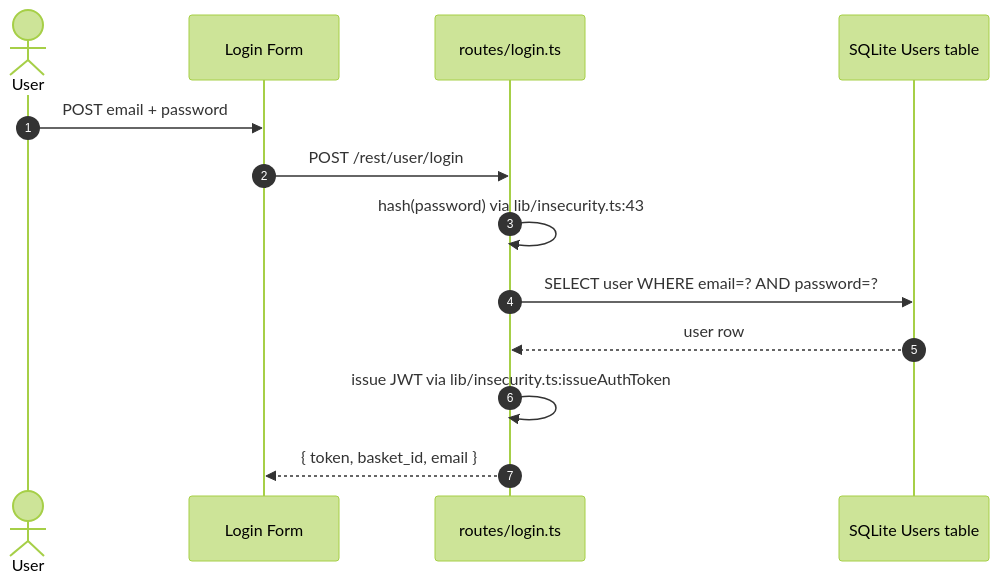
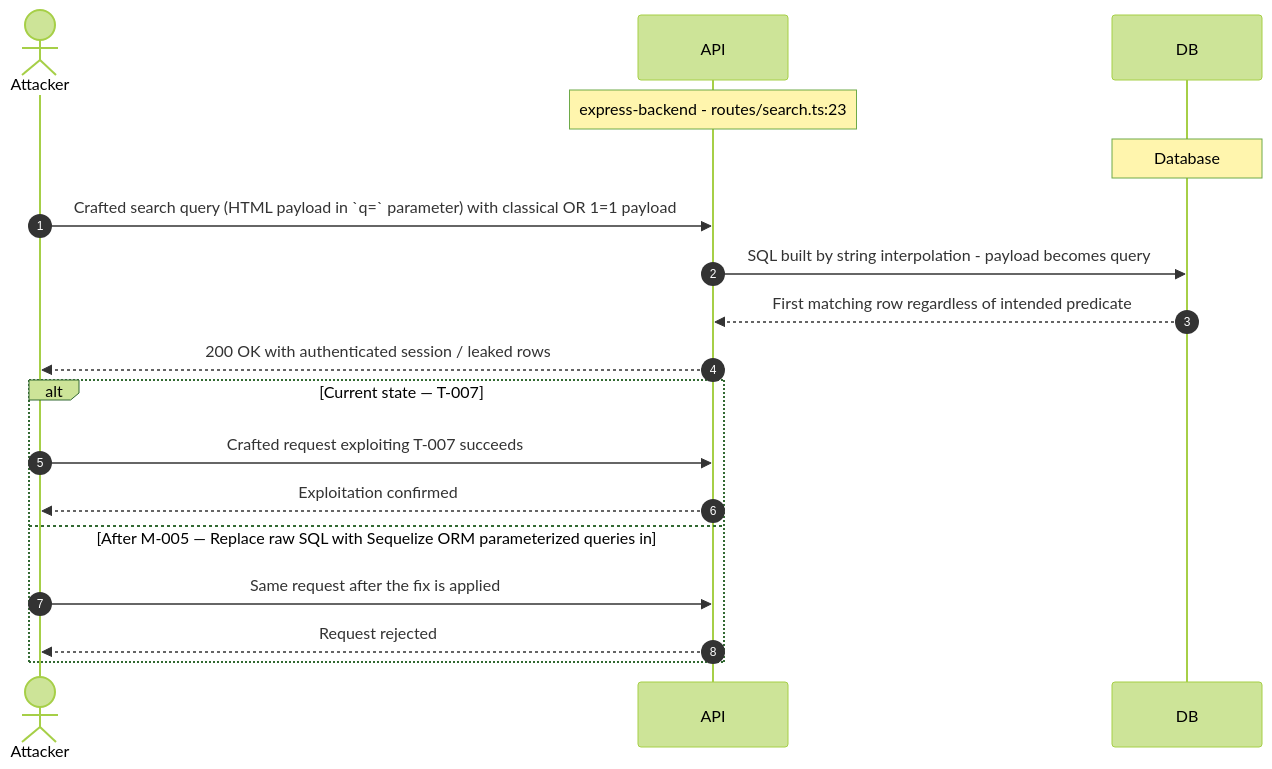
Before and after one commit to appsec-foundry/appsec-advisor: diagram 14 of 15 in examples/threat-modeler/threat-model-juice-shop-standard.md, drawn with Mermaid (forest theme). The commit also changed other lines of this file, not shown here.

````diff
--- a/examples/threat-modeler/threat-model-juice-shop-standard.md
+++ b/examples/threat-modeler/threat-model-juice-shop-standard.md
@@ -887,16 +756,20 @@
 ```mermaid
 sequenceDiagram
     autonumber
-    actor User
-    participant SPA as Login Form
-    participant API as routes/login.ts
-    participant DB as SQLite Users table
-
-    User->>SPA: POST email + password
-    SPA->>API: POST /rest/user/login
-    API->>API: hash(password) via lib/insecurity.ts:43
-    API->>DB: SELECT user WHERE email=? AND password=?
-    DB-->>API: user row
-    API->>API: issue JWT via lib/insecurity.ts:issueAuthToken
-    API-->>SPA: { token, basket_id, email }
+    actor Attacker
+    participant API
+    participant DB
+    Note over API: express-backend - routes/search.ts:23
+    Note over DB: Database
+    Attacker->>API: Crafted search query (HTML payload in `q=` parameter) with classical OR 1=1 payload
+    API->>DB: SQL built by string interpolation - payload becomes query
+    DB-->>API: First matching row regardless of intended predicate
+    API-->>Attacker: 200 OK with authenticated session / leaked rows
+    alt Current state — T-007
+        Attacker->>API: Crafted request exploiting T-007 succeeds
+        API-->>Attacker: Exploitation confirmed
+    else After M-005 — Replace raw SQL with Sequelize ORM parameterized queries in 
+        Attacker->>API: Same request after the fix is applied
+        API-->>Attacker: Request rejected
+    end
 ```
````
